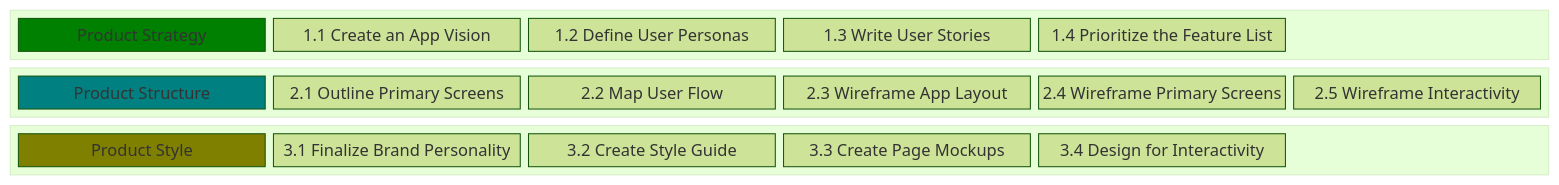
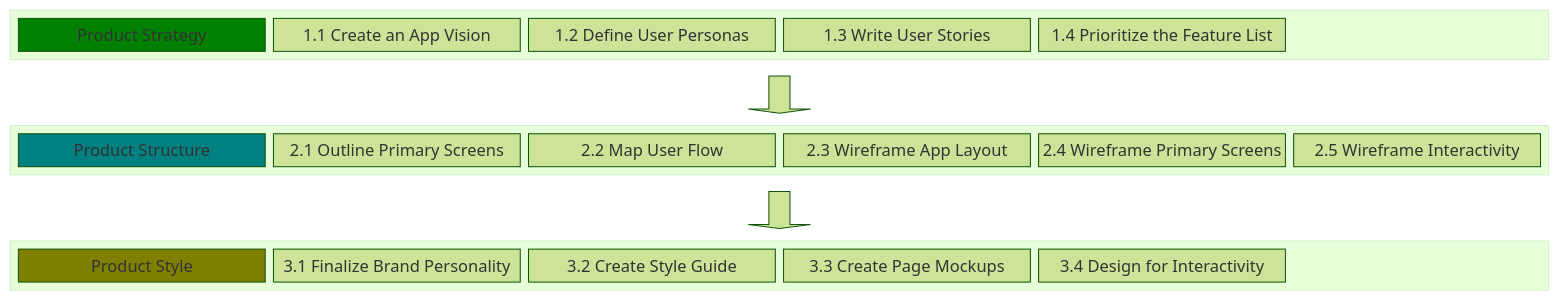
The diagram in docs/resources/techresources/uiux.md (chingu-voyages/Handbook), drawn with Mermaid (forest theme) before and after one commit.

Commit message:
Feature: Add block arrows

````diff
--- a/docs/resources/techresources/uiux.md
+++ b/docs/resources/techresources/uiux.md
@@ -15,34 +15,36 @@
 ```mermaid
 block-beta
 columns 1
   block:STRATEGY
     columns 6
     A["Product Strategy"]
     B["1.1 Create an App Vision"]
     C["1.2 Define User Personas"]
     D["1.3 Write User Stories"]
     E["1.4 Prioritize the Feature List"]
     space
   end
+  blockArrowA<["&nbsp;&nbsp;&nbsp;"]>(down)
   block:STRUCTURE
     columns 6
     G["Product Structure"]
     H["2.1 Outline Primary Screens"]
     I["2.2 Map User Flow"]
     J["2.3 Wireframe App Layout"]
     K["2.4 Wireframe Primary Screens"]
     L["2.5 Wireframe Interactivity"]
   end
+  blockArrowB<["&nbsp;&nbsp;&nbsp;"]>(down)
   block:STYLE
     columns 6
     M["Product Style"]
     N["3.1 Finalize Brand Personality"]
     O["3.2 Create Style Guide"]
     P["3.3 Create Page Mockups"]
     Q["3.4 Design for Interactivity"]
     space
   end
   style A fill:#008000
   style G fill:#008080
   style M fill:#808000
 ```
````
